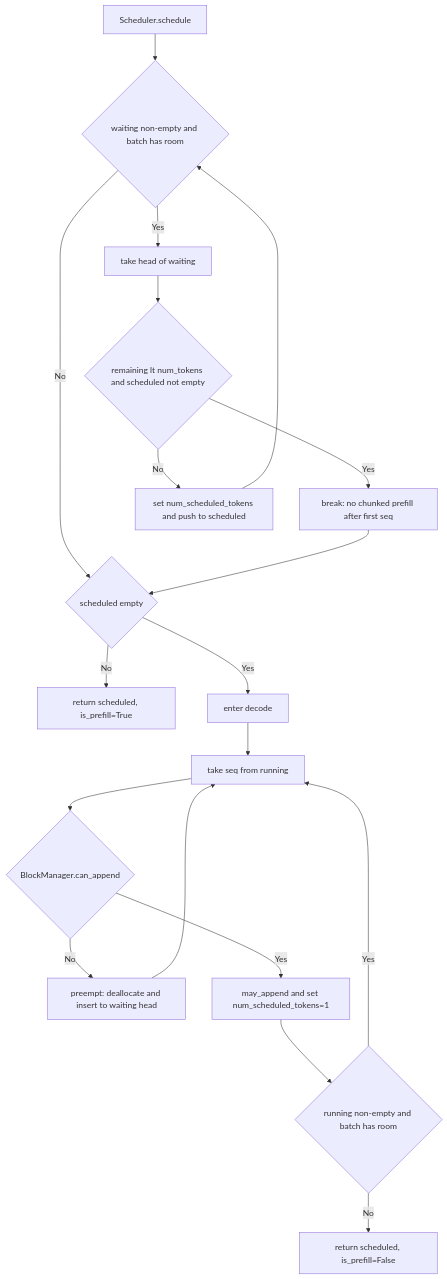
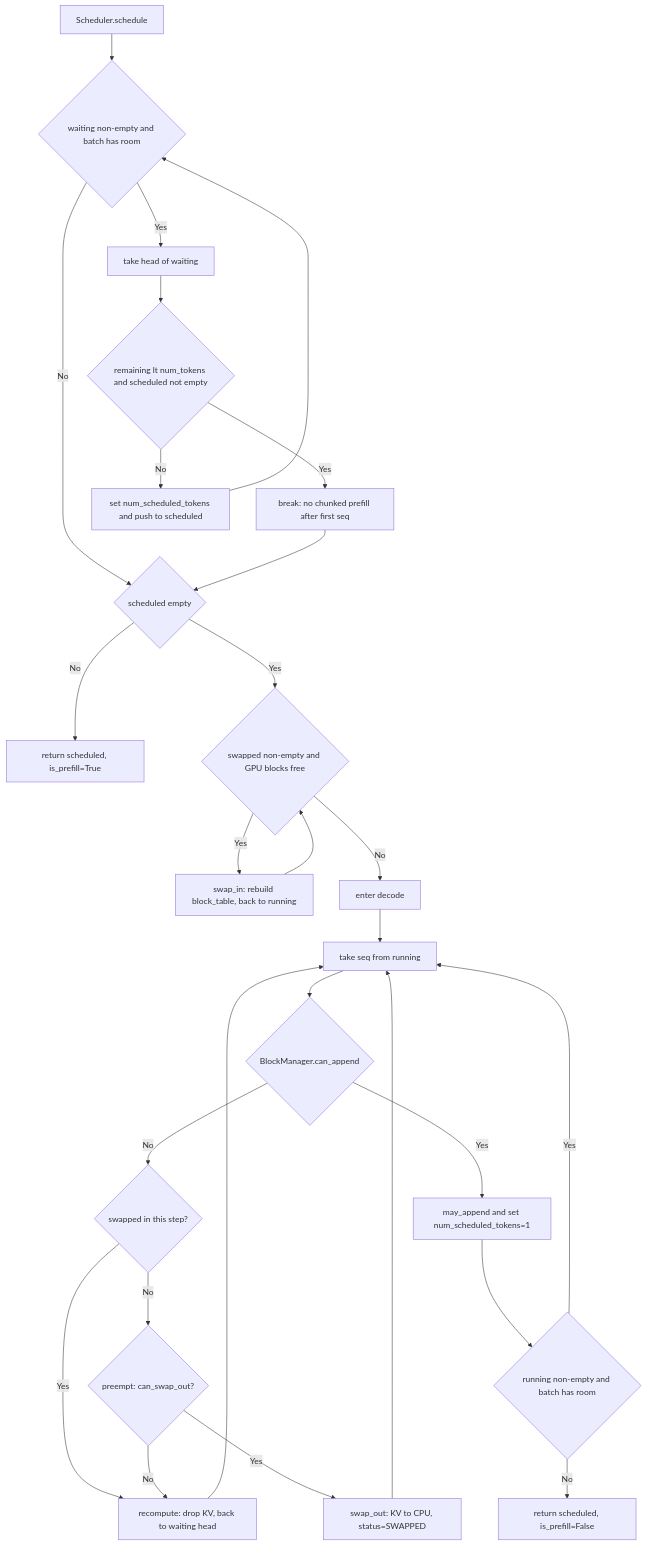
One commit to ForceInjection/nano-vllm changed the diagram in docs/llm-inference-visual/03-scheduler-queues-and-preempt.md. Above: the diagram before and after it, drawn with Mermaid. The commit also changed other lines of this file and 14 other files, not shown here.

````diff
--- a/docs/llm-inference-visual/03-scheduler-queues-and-preempt.md
+++ b/docs/llm-inference-visual/03-scheduler-queues-and-preempt.md
@@ -49,21 +57,29 @@
 ```mermaid
 flowchart TD
     Start[Scheduler.schedule] --> PF{waiting non-empty and batch has room}
     PF -- Yes --> PF1[take head of waiting]
     PF1 --> PF2{remaining lt num_tokens and scheduled not empty}
     PF2 -- Yes --> PF3[break: no chunked prefill after first seq]
     PF2 -- No --> PF4[set num_scheduled_tokens and push to scheduled]
     PF4 --> PF
     PF -- No --> CK{scheduled empty}
     PF3 --> CK
     CK -- No --> RetP[return scheduled, is_prefill=True]
-    CK -- Yes --> DE[enter decode]
+    CK -- Yes --> SI{swapped non-empty and GPU blocks free}
+    SI -- Yes --> SI1[swap_in: rebuild block_table, back to running]
+    SI1 --> SI
+    SI -- No --> DE[enter decode]
     DE --> DE1[take seq from running]
     DE1 --> DE2{BlockManager.can_append}
-    DE2 -- No --> DE3[preempt: deallocate and insert to waiting head]
-    DE3 --> DE1
-    DE2 -- Yes --> DE4[may_append and set num_scheduled_tokens=1]
-    DE4 --> DE5{running non-empty and batch has room}
-    DE5 -- Yes --> DE1
-    DE5 -- No --> RetD[return scheduled, is_prefill=False]
+    DE2 -- No --> DEG{swapped in this step?}
+    DEG -- Yes --> DE5[recompute: drop KV, back to waiting head]
+    DEG -- No --> DE3{preempt: can_swap_out?}
+    DE3 -- Yes --> DE4[swap_out: KV to CPU, status=SWAPPED]
+    DE3 -- No --> DE5
+    DE4 --> DE1
+    DE5 --> DE1
+    DE2 -- Yes --> DE6[may_append and set num_scheduled_tokens=1]
+    DE6 --> DE7{running non-empty and batch has room}
+    DE7 -- Yes --> DE1
+    DE7 -- No --> RetD[return scheduled, is_prefill=False]
 ```
````
